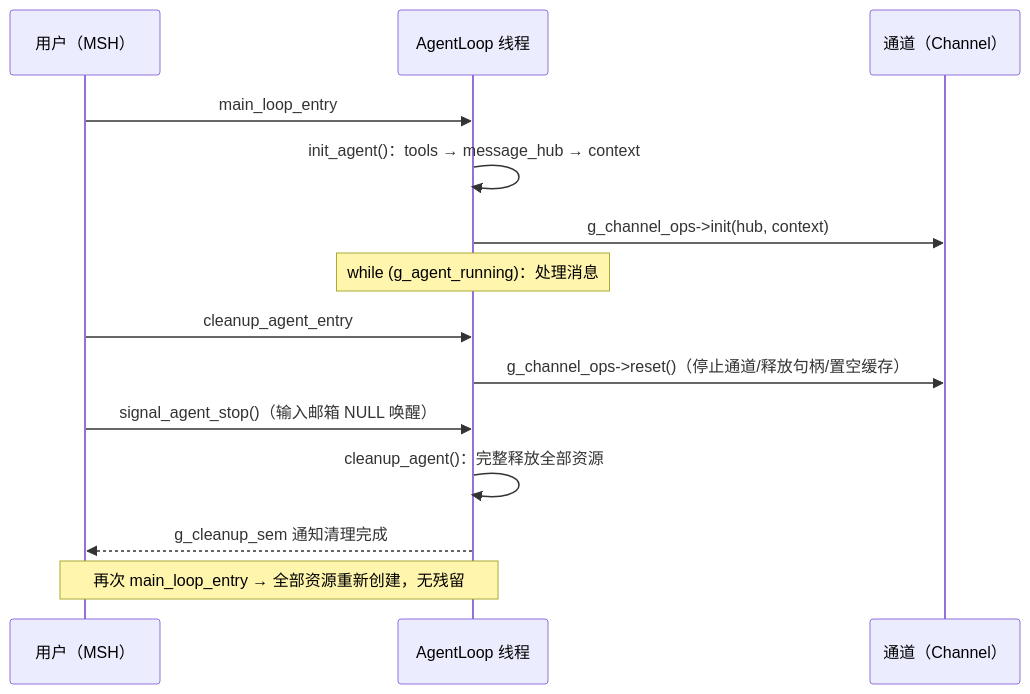
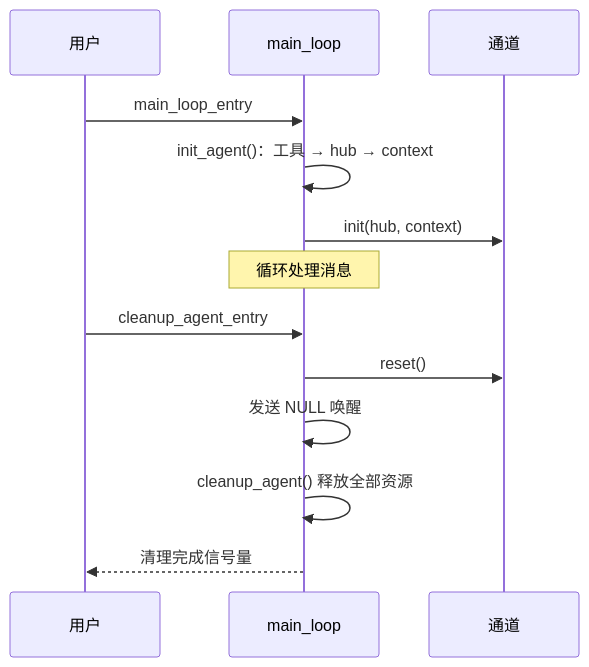
Before and after one commit to CXSforHPU/Agent: the second of 2 diagrams in docs/framework.md, drawn with Mermaid. The commit also changed other lines of this file and 22 other files, not shown here.

Commit message:
[docs]更新文档，架构图，流程图采用drawio绘制

````diff
--- a/docs/framework.md
+++ b/docs/framework.md
@@ -233,19 +310,17 @@
 ```mermaid
 sequenceDiagram
-    participant U as 用户（MSH）
-    participant AL as AgentLoop 线程
-    participant CH as 通道（Channel）
+    participant U as 用户
+    participant ML as main_loop
+    participant CH as 通道
 
-    U->>AL: main_loop_entry
-    AL->>AL: init_agent()：tools → message_hub → context
-    AL->>CH: g_channel_ops->init(hub, context)
-    Note over AL: while (g_agent_running)：处理消息
+    U->>ML: main_loop_entry
+    ML->>ML: init_agent()：工具 → hub → context
+    ML->>CH: init(hub, context)
+    Note over ML: 循环处理消息
 
-    U->>AL: cleanup_agent_entry
-    AL->>CH: g_channel_ops->reset()（停止通道/释放句柄/置空缓存）
-    U->>AL: signal_agent_stop()（输入邮箱 NULL 唤醒）
-    AL->>AL: cleanup_agent()：完整释放全部资源
-    AL-->>U: g_cleanup_sem 通知清理完成
-
-    Note over U,AL: 再次 main_loop_entry → 全部资源重新创建，无残留
+    U->>ML: cleanup_agent_entry
+    ML->>CH: reset()
+    ML->>ML: 发送 NULL 唤醒
+    ML->>ML: cleanup_agent() 释放全部资源
+    ML-->>U: 清理完成信号量
 ```
````
